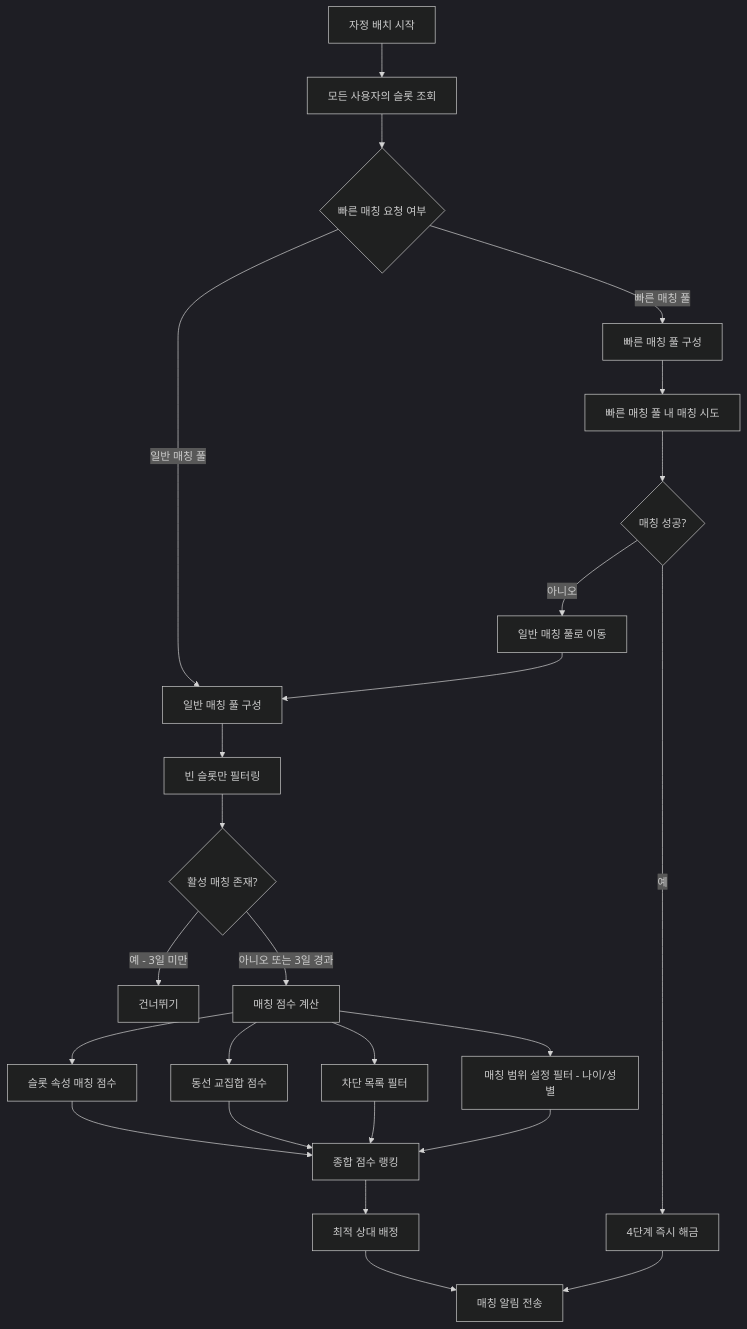
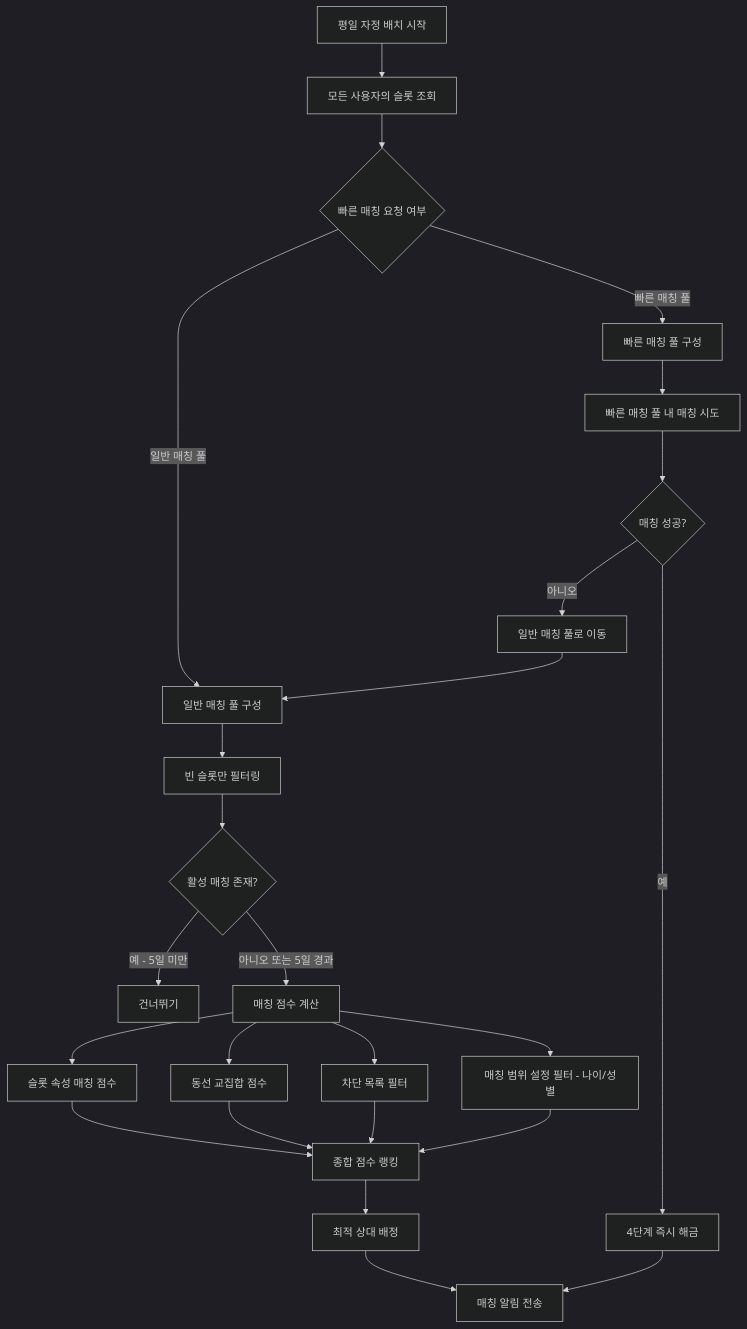
The third of 5 diagrams in .kiro/specs/ilgi-yebo/design.md (kookmin-sw/2026-capstone-57), drawn with Mermaid (dark theme) before and after one commit. The commit also changed other lines of this file and 2 other files, not shown here.

````diff
--- a/.kiro/specs/ilgi-yebo/design.md
+++ b/.kiro/specs/ilgi-yebo/design.md
@@ -359,34 +359,34 @@
 ```mermaid
 flowchart TD
-    START[자정 배치 시작] --> FETCH[모든 사용자의 슬롯 조회]
+    START[평일 자정 배치 시작] --> FETCH[모든 사용자의 슬롯 조회]
     FETCH --> SPLIT{빠른 매칭 요청 여부}
     
     SPLIT -->|빠른 매칭 풀| FAST[빠른 매칭 풀 구성]
     SPLIT -->|일반 매칭 풀| NORMAL[일반 매칭 풀 구성]
     
     FAST --> FAST_MATCH[빠른 매칭 풀 내 매칭 시도]
     FAST_MATCH --> FAST_OK{매칭 성공?}
     FAST_OK -->|예| STAGE4[4단계 즉시 해금]
     FAST_OK -->|아니오| FALLBACK[일반 매칭 풀로 이동]
     FALLBACK --> NORMAL
     
     NORMAL --> FILTER[빈 슬롯만 필터링]
     FILTER --> SKIP{활성 매칭 존재?}
-    SKIP -->|예 - 3일 미만| PASS[건너뛰기]
-    SKIP -->|아니오 또는 3일 경과| SCORE[매칭 점수 계산]
+    SKIP -->|예 - 5일 미만| PASS[건너뛰기]
+    SKIP -->|아니오 또는 5일 경과| SCORE[매칭 점수 계산]
     
     SCORE --> ATTR[슬롯 속성 매칭 점수]
     SCORE --> ROUTE[동선 교집합 점수]
     SCORE --> BLOCK[차단 목록 필터]
     SCORE --> PREF[매칭 범위 설정 필터 - 나이/성별]
     
     ATTR --> RANK[종합 점수 랭킹]
     ROUTE --> RANK
     BLOCK --> RANK
     PREF --> RANK
     
     RANK --> ASSIGN[최적 상대 배정]
     ASSIGN --> NOTIFY[매칭 알림 전송]
     
     STAGE4 --> NOTIFY
 ```
````
